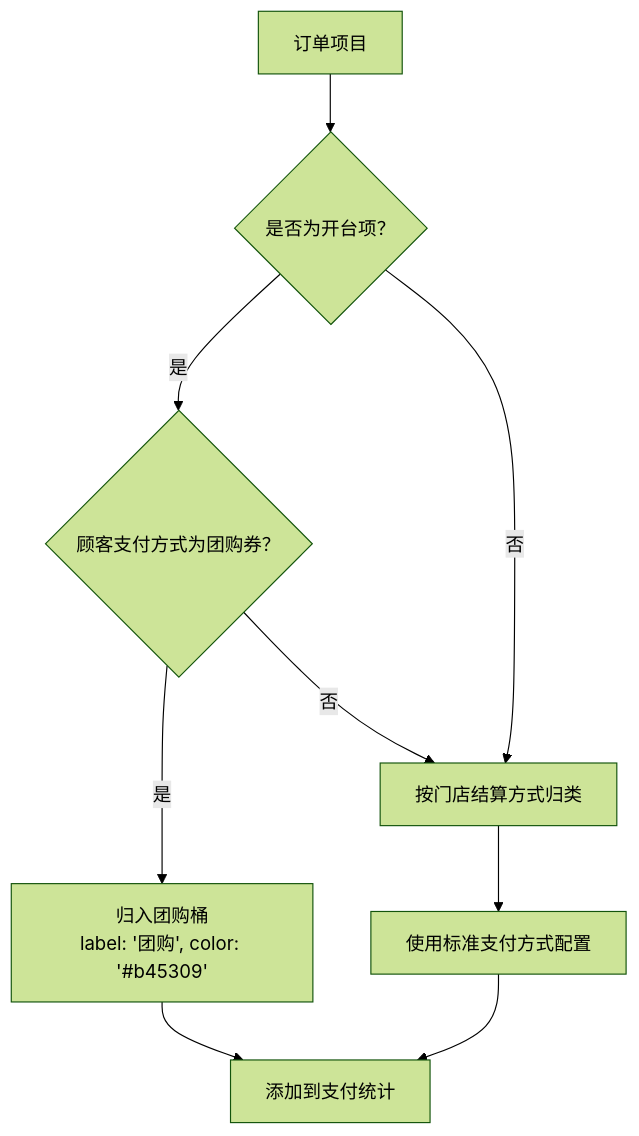
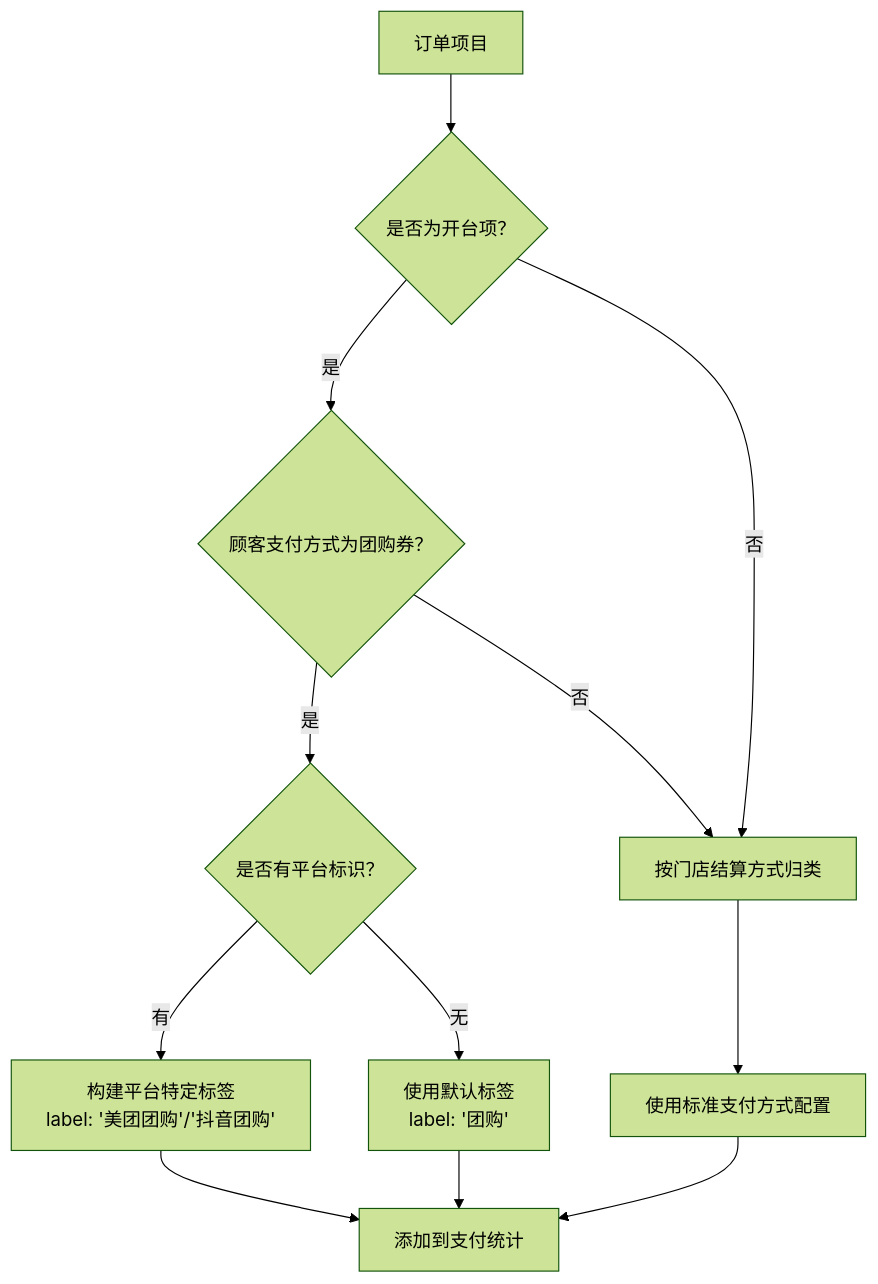
One commit to rc558620/purelyprofit-server changed diagram 11 of 14 in .qoder/repowiki/zh/content/业务模块/运营管理模块/交接班管理.md. Above: the diagram before and after it, drawn with Mermaid (forest theme). The commit also changed other lines of this file and 117 other files, not shown here.

````diff
--- a/.qoder/repowiki/zh/content/业务模块/运营管理模块/交接班管理.md
+++ b/.qoder/repowiki/zh/content/业务模块/运营管理模块/交接班管理.md
@@ -495,11 +503,14 @@
 ```mermaid
 flowchart TD
 A["订单项目"] --> B{"是否为开台项？"}
 B --> |是| C{"顾客支付方式为团购券？"}
 B --> |否| D["按门店结算方式归类"]
-C --> |是| E["归入团购桶<br/>label: '团购', color: '#b45309'"]
+C --> |是| E{"是否有平台标识？"}
 C --> |否| D
-D --> F["使用标准支付方式配置"]
-E --> G["添加到支付统计"]
-F --> G
+E --> |有| F["构建平台特定标签<br/>label: '美团团购'/'抖音团购'"]
+E --> |无| G["使用默认标签<br/>label: '团购'"]
+F --> H["添加到支付统计"]
+G --> H
+D --> I["使用标准支付方式配置"]
+I --> H
 ```
````
